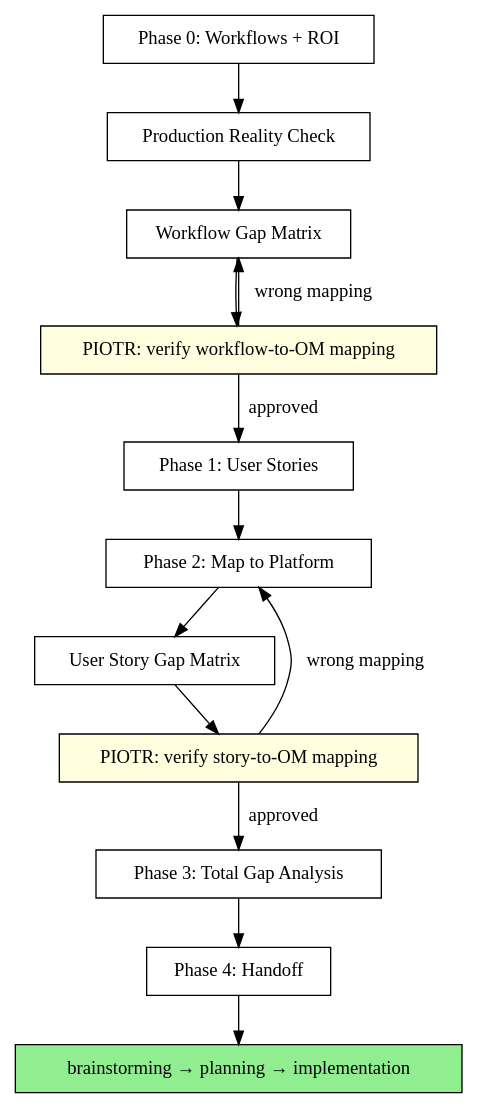
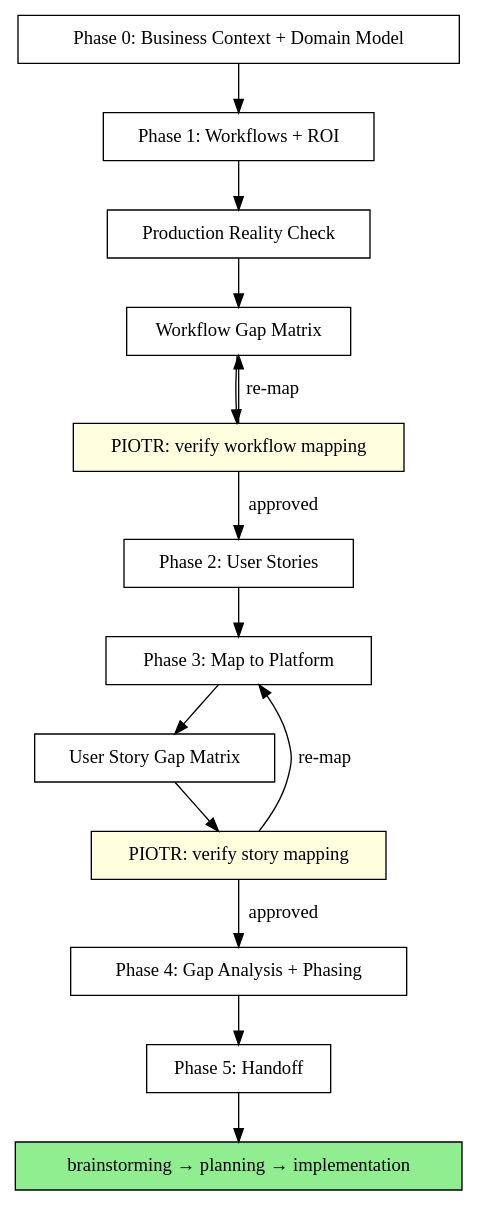
Before and after one commit to open-mercato/ready-app-oss-prm: the diagram in app-specs/skills/mat/SKILL.md, drawn with Graphviz. The commit also changed other lines of this file, not shown here.

````diff
--- a/app-specs/skills/mat/SKILL.md
+++ b/app-specs/skills/mat/SKILL.md
@@ -317,29 +249,31 @@
 ```dot
 digraph flow {
     rankdir=TB;
-    "Phase 0: Workflows + ROI" [shape=box];
+    "Phase 0: Business Context + Domain Model" [shape=box];
+    "Phase 1: Workflows + ROI" [shape=box];
     "Production Reality Check" [shape=box];
     "Workflow Gap Matrix" [shape=box];
-    "PIOTR: verify workflow-to-OM mapping" [shape=box style=filled fillcolor=lightyellow];
-    "Phase 1: User Stories" [shape=box];
-    "Phase 2: Map to Platform" [shape=box];
+    "PIOTR: verify workflow mapping" [shape=box style=filled fillcolor=lightyellow];
+    "Phase 2: User Stories" [shape=box];
+    "Phase 3: Map to Platform" [shape=box];
     "User Story Gap Matrix" [shape=box];
-    "PIOTR: verify story-to-OM mapping" [shape=box style=filled fillcolor=lightyellow];
-    "Phase 3: Total Gap Analysis" [shape=box];
-    "Phase 4: Handoff" [shape=box];
+    "PIOTR: verify story mapping" [shape=box style=filled fillcolor=lightyellow];
+    "Phase 4: Gap Analysis + Phasing" [shape=box];
+    "Phase 5: Handoff" [shape=box];
     "brainstorming → planning → implementation" [shape=box style=filled fillcolor=lightgreen];
 
-    "Phase 0: Workflows + ROI" -> "Production Reality Check";
+    "Phase 0: Business Context + Domain Model" -> "Phase 1: Workflows + ROI";
+    "Phase 1: Workflows + ROI" -> "Production Reality Check";
     "Production Reality Check" -> "Workflow Gap Matrix";
-    "Workflow Gap Matrix" -> "PIOTR: verify workflow-to-OM mapping";
-    "PIOTR: verify workflow-to-OM mapping" -> "Phase 1: User Stories" [label="approved"];
-    "PIOTR: verify workflow-to-OM mapping" -> "Workflow Gap Matrix" [label="wrong mapping"];
-    "Phase 1: User Stories" -> "Phase 2: Map to Platform";
-    "Phase 2: Map to Platform" -> "User Story Gap Matrix";
-    "User Story Gap Matrix" -> "PIOTR: verify story-to-OM mapping";
-    "PIOTR: verify story-to-OM mapping" -> "Phase 3: Total Gap Analysis" [label="approved"];
-    "PIOTR: verify story-to-OM mapping" -> "Phase 2: Map to Platform" [label="wrong mapping"];
-    "Phase 3: Total Gap Analysis" -> "Phase 4: Handoff";
-    "Phase 4: Handoff" -> "brainstorming → planning → implementation";
+    "Workflow Gap Matrix" -> "PIOTR: verify workflow mapping";
+    "PIOTR: verify workflow mapping" -> "Phase 2: User Stories" [label="approved"];
+    "PIOTR: verify workflow mapping" -> "Workflow Gap Matrix" [label="re-map"];
+    "Phase 2: User Stories" -> "Phase 3: Map to Platform";
+    "Phase 3: Map to Platform" -> "User Story Gap Matrix";
+    "User Story Gap Matrix" -> "PIOTR: verify story mapping";
+    "PIOTR: verify story mapping" -> "Phase 4: Gap Analysis + Phasing" [label="approved"];
+    "PIOTR: verify story mapping" -> "Phase 3: Map to Platform" [label="re-map"];
+    "Phase 4: Gap Analysis + Phasing" -> "Phase 5: Handoff";
+    "Phase 5: Handoff" -> "brainstorming → planning → implementation";
 }
 ```
````
